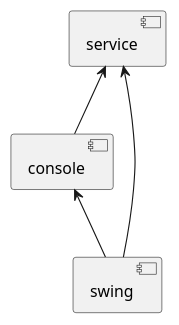
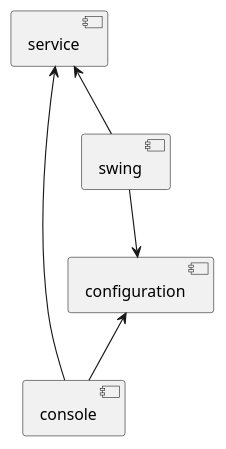
One commit to greifentor/service-monitor changed the diagram in documentation/modules.plantuml. Above: the diagram before and after it, drawn with PlantUML. The commit also changed 21 other files, not shown here.

```diff
--- a/documentation/modules.plantuml
+++ b/documentation/modules.plantuml
@@ -1,14 +1,17 @@
 @startuml
+
+[configuration]
 
 [console]
 
 [service]
 
 [swing]
 
 [console] -UP-> [service]
+[console] -UP-> [configuration]
 
 [swing] -UP-> [service]
-[swing] -UP-> [console]
+[swing] --> [configuration]
 
 @enduml
```
